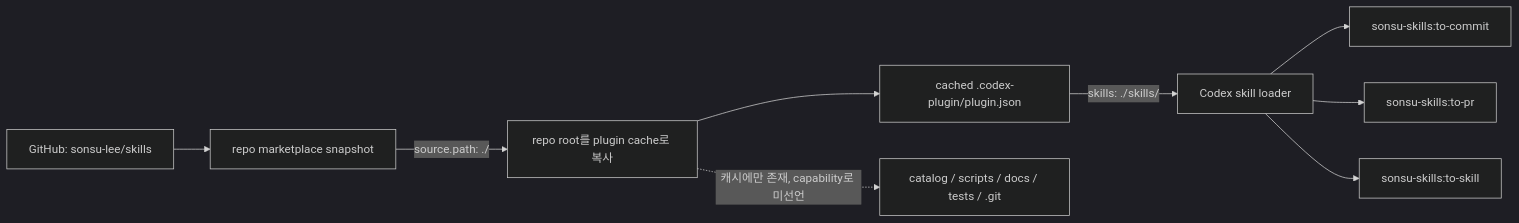
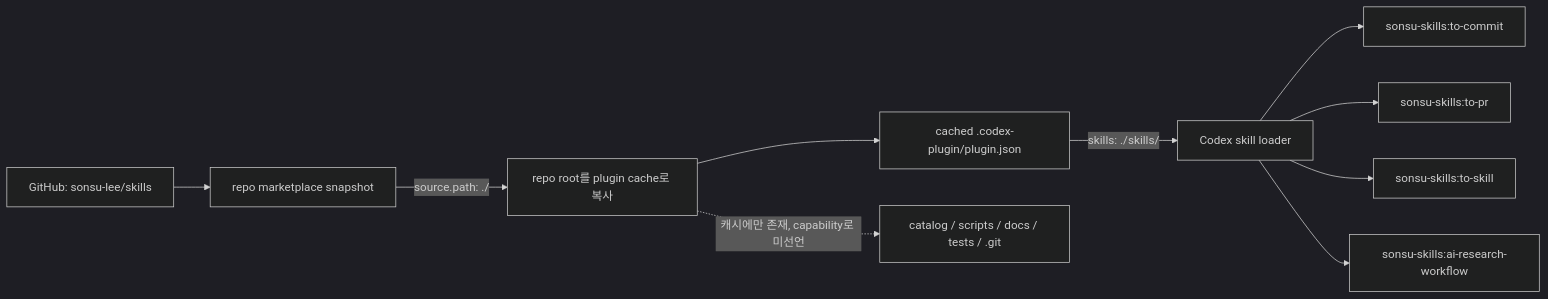
One commit to sonsu-lee/skills changed the diagram in docs/DESIGN.md. Above: the diagram before and after it, drawn with Mermaid (dark theme). The commit also changed other lines of this file and 10 other files, not shown here.

Commit message:
feat(research): add source-grounded AI workflow (#16)

````diff
--- a/docs/DESIGN.md
+++ b/docs/DESIGN.md
@@ -135,11 +135,12 @@
 ```mermaid
 flowchart LR
     A["GitHub: sonsu-lee/skills"] --> B["repo marketplace snapshot"]
     B -->|"source.path: ./"| C["repo root를 plugin cache로 복사"]
     C --> D["cached .codex-plugin/plugin.json"]
     D -->|"skills: ./skills/"| E["Codex skill loader"]
     E --> F["sonsu-skills:to-commit"]
     E --> G["sonsu-skills:to-pr"]
     E --> H["sonsu-skills:to-skill"]
+    E --> J["sonsu-skills:ai-research-workflow"]
     C -. "캐시에만 존재, capability로 미선언" .-> I["catalog / scripts / docs / tests / .git"]
 ```
````
